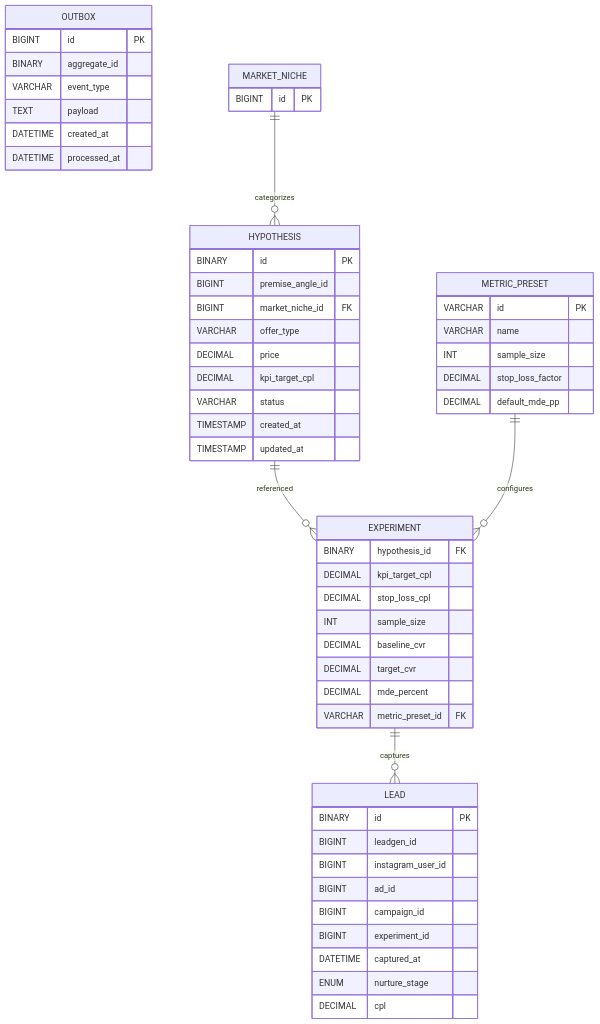
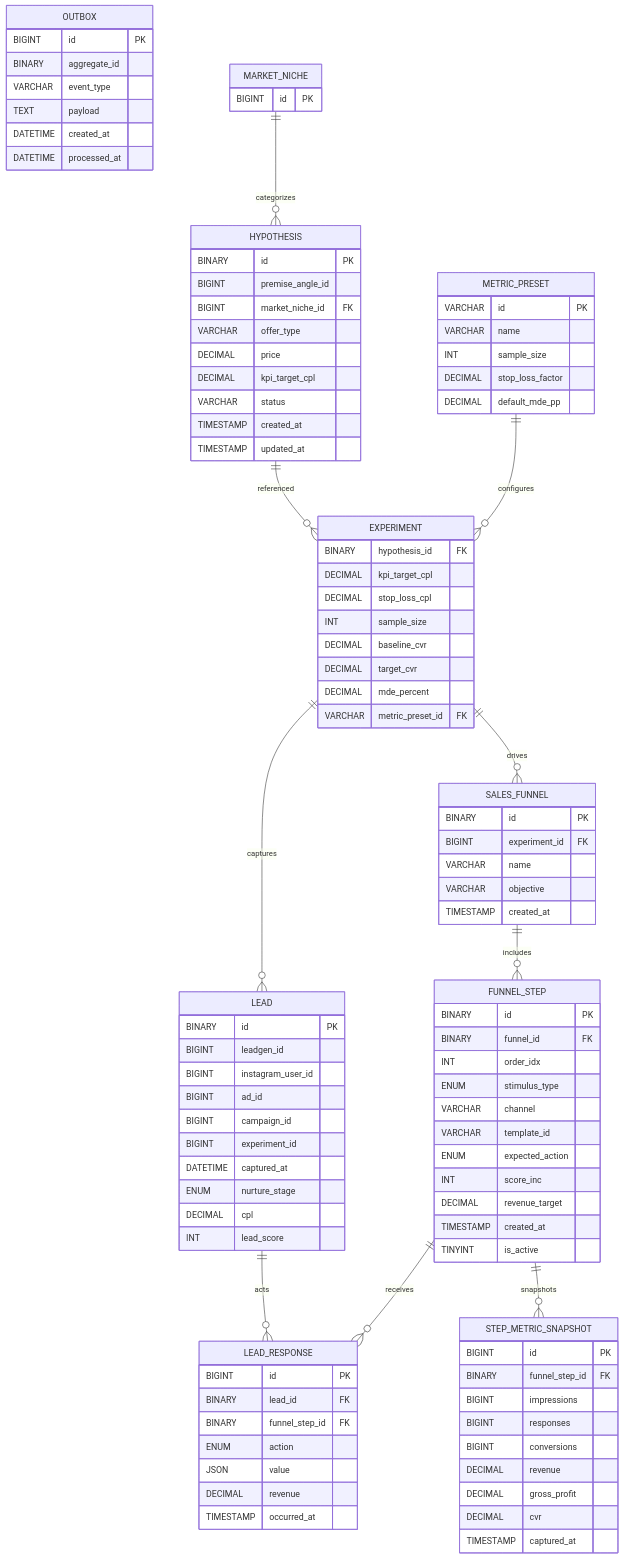
One commit to paulofor/marketing-hub changed the diagram in docs/data-model.md. Above: the diagram before and after it, drawn with Mermaid. The commit also changed other lines of this file, not shown here.

Commit message:
docs: add sales funnel entities

````diff
--- a/docs/data-model.md
+++ b/docs/data-model.md
@@ -90,6 +141,47 @@
         DATETIME captured_at
         ENUM nurture_stage
         DECIMAL cpl
+        INT lead_score
+    }
+    SALES_FUNNEL {
+        BINARY id PK
+        BIGINT experiment_id FK
+        VARCHAR name
+        VARCHAR objective
+        TIMESTAMP created_at
+    }
+    FUNNEL_STEP {
+        BINARY id PK
+        BINARY funnel_id FK
+        INT order_idx
+        ENUM stimulus_type
+        VARCHAR channel
+        VARCHAR template_id
+        ENUM expected_action
+        INT score_inc
+        DECIMAL revenue_target
+        TIMESTAMP created_at
+        TINYINT is_active
+    }
+    LEAD_RESPONSE {
+        BIGINT id PK
+        BINARY lead_id FK
+        BINARY funnel_step_id FK
+        ENUM action
+        JSON value
+        DECIMAL revenue
+        TIMESTAMP occurred_at
+    }
+    STEP_METRIC_SNAPSHOT {
+        BIGINT id PK
+        BINARY funnel_step_id FK
+        BIGINT impressions
+        BIGINT responses
+        BIGINT conversions
+        DECIMAL revenue
+        DECIMAL gross_profit
+        DECIMAL cvr
+        TIMESTAMP captured_at
     }
     OUTBOX {
         BIGINT id PK
@@ -112,5 +204,10 @@
     MARKET_NICHE ||--o{ HYPOTHESIS : categorizes
     HYPOTHESIS ||--o{ EXPERIMENT : referenced
     EXPERIMENT ||--o{ LEAD : captures
+    EXPERIMENT ||--o{ SALES_FUNNEL : drives
+    SALES_FUNNEL ||--o{ FUNNEL_STEP : includes
+    FUNNEL_STEP ||--o{ LEAD_RESPONSE : receives
+    FUNNEL_STEP ||--o{ STEP_METRIC_SNAPSHOT : snapshots
+    LEAD ||--o{ LEAD_RESPONSE : acts
     METRIC_PRESET ||--o{ EXPERIMENT : configures
 ```
````
